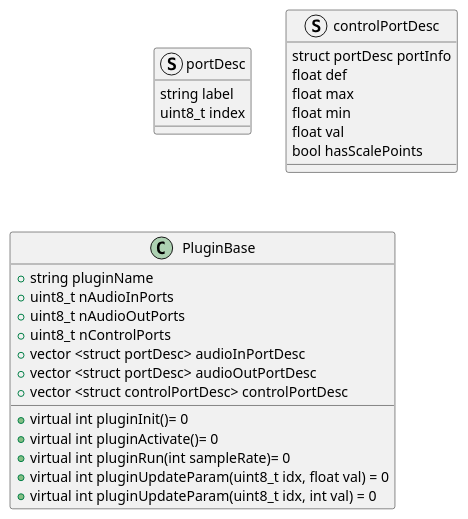
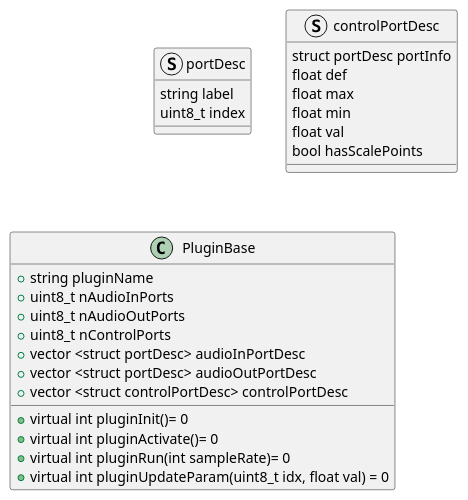
The sixth of 10 diagrams in doc/design.org (abhimanyu-g/calicofx-core), drawn with PlantUML before and after one commit. The commit also changed other lines of this file, not shown here.

```diff
--- a/doc/design.org
+++ b/doc/design.org
@@ -119,32 +121,31 @@
 #+begin_src plantuml :file /tmp/calicofx-plugin-base-class-dig.png :exports results
   @startuml
   struct portDesc{
   	string label
   	uint8_t index
   }
 
   struct controlPortDesc {
   	struct portDesc portInfo
   	float def
   	float max
   	float min
   	float val
   	bool hasScalePoints
   }
 
   class PluginBase{
           +string pluginName
           +uint8_t nAudioInPorts
           +uint8_t nAudioOutPorts
           +uint8_t nControlPorts
   	+vector <struct portDesc> audioInPortDesc
           +vector <struct portDesc> audioOutPortDesc
           +vector <struct controlPortDesc> controlPortDesc
           +virtual int pluginInit()= 0
           +virtual int pluginActivate()= 0
           +virtual int pluginRun(int sampleRate)= 0
-  	+virtual int pluginUpdateParam(uint8_t idx, float val) = 0
-  	+virtual int pluginUpdateParam(uint8_t idx, int val) = 0
+        +virtual int pluginUpdateParam(uint8_t idx, float val) = 0
   }
   @enduml
 #+end_src
```
